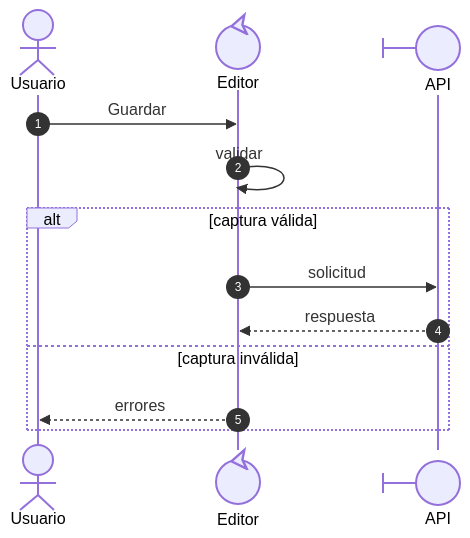
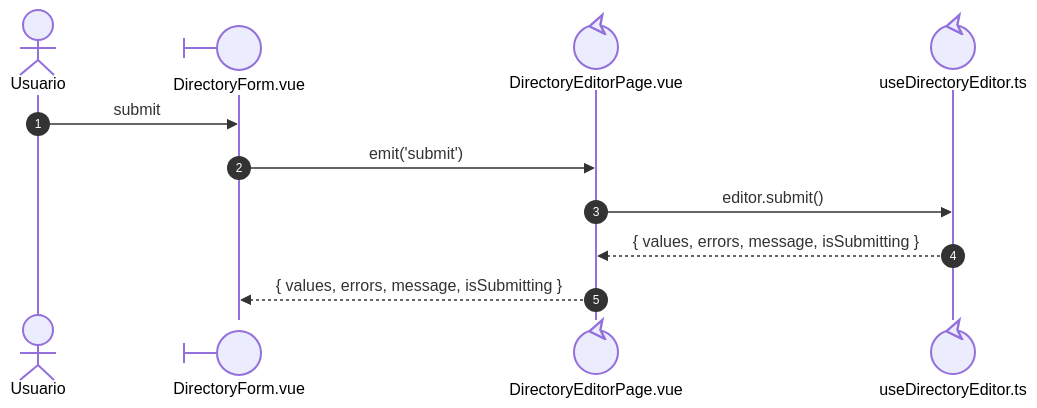
One commit to gpgsistemas01/nexus changed the second of 7 diagrams in front/docs/architecture/views/diagram-reading.md. Above: the diagram before and after it, drawn with Mermaid. The commit also changed other lines of this file and 43 other files, not shown here.

````diff
--- a/front/docs/architecture/views/diagram-reading.md
+++ b/front/docs/architecture/views/diagram-reading.md
@@ -97,15 +97,13 @@
 ```mermaid
 sequenceDiagram
     autonumber
     actor Usuario
-    participant Editor@{ "type": "control" } as Editor
-    participant API@{ "type": "boundary" } as API
-    Usuario->>Editor: Guardar
-    Editor->>Editor: validar
-    alt captura válida
-        Editor->>API: solicitud
-        API-->>Editor: respuesta
-    else captura inválida
-        Editor-->>Usuario: errores
-    end
+    participant Form@{ "type": "boundary" } as DirectoryForm.vue
+    participant Page@{ "type": "control" } as DirectoryEditorPage.vue
+    participant Editor@{ "type": "control" } as useDirectoryEditor.ts
+    Usuario->>Form: nowrap: submit
+    Form->>Page: nowrap: emit('submit')
+    Page->>Editor: nowrap: editor.submit()
+    Editor-->>Page: nowrap: { values, errors, message, isSubmitting }
+    Page-->>Form: nowrap: { values, errors, message, isSubmitting }
 ```
````
